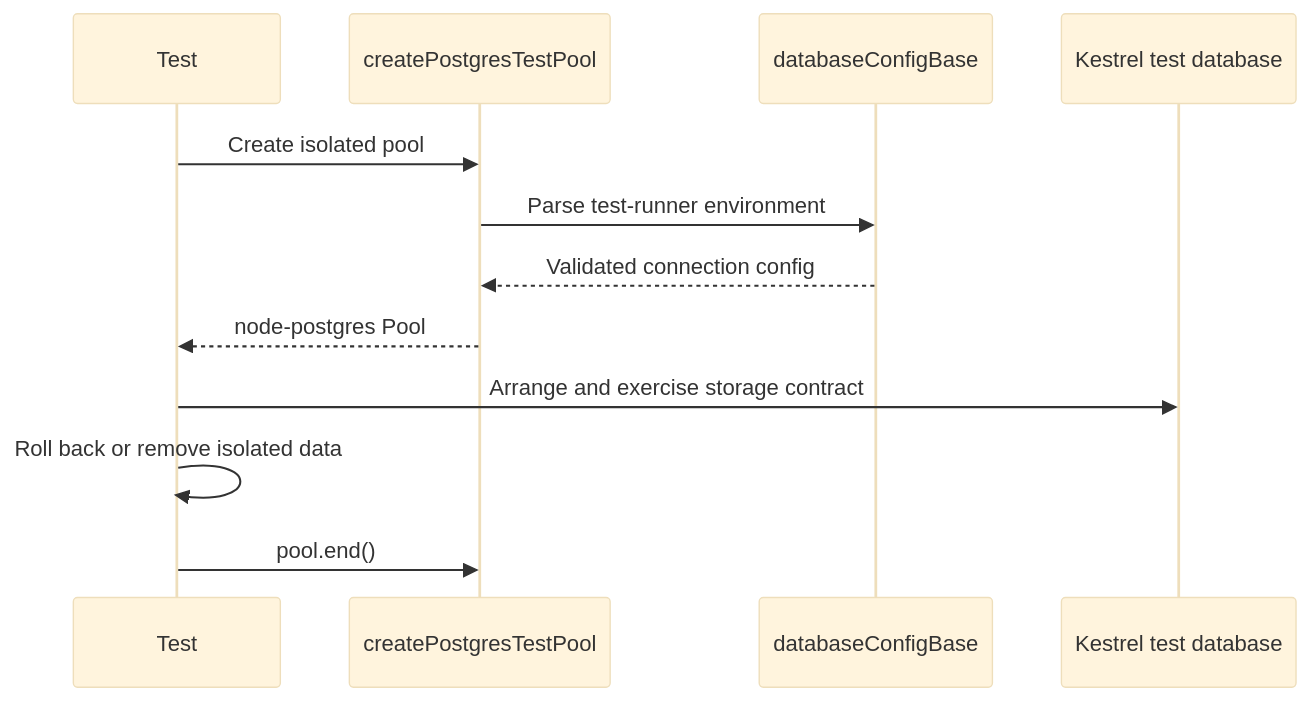
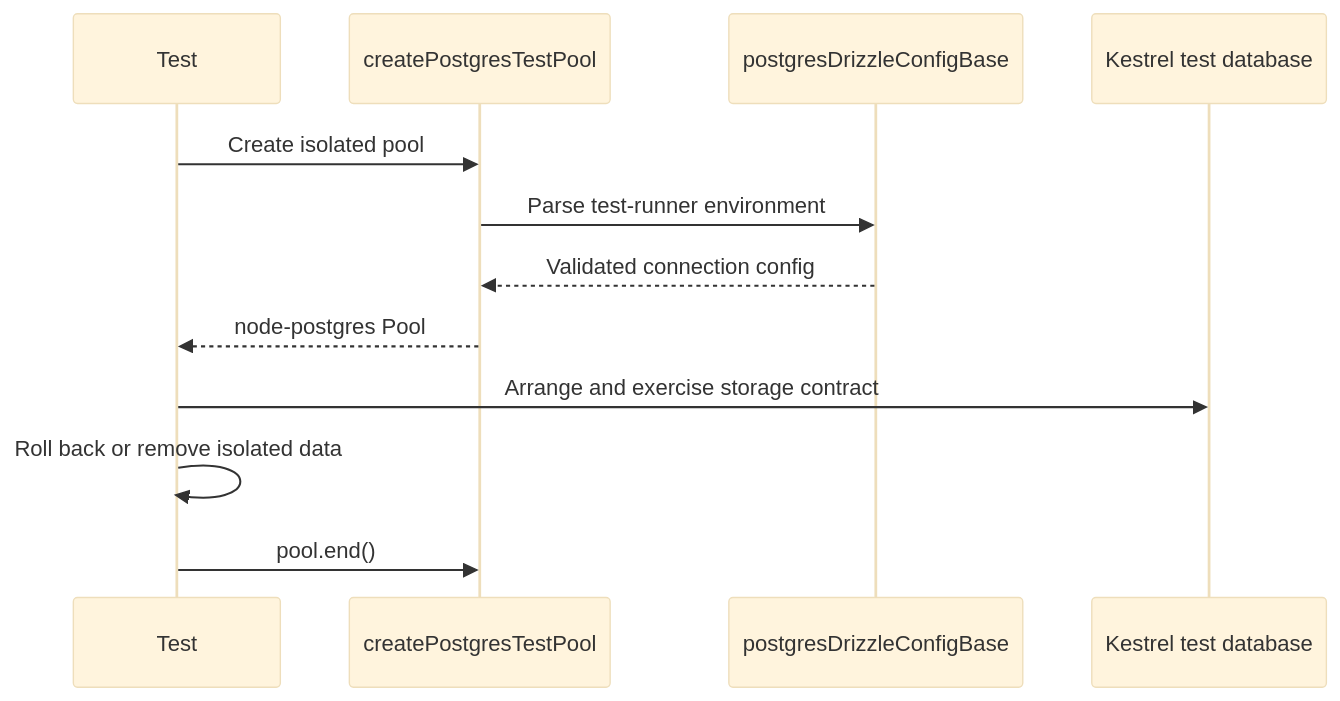
The second of 2 diagrams in docs/implementation/testing.md (antarestupin/kestrel-framework), drawn with Mermaid (base theme) before and after one commit. The commit also changed other lines of this file and 212 other files, not shown here.

````diff
--- a/docs/implementation/testing.md
+++ b/docs/implementation/testing.md
@@ -37,15 +37,15 @@
 ```mermaid
 sequenceDiagram
     participant Test
     participant Helper as createPostgresTestPool
-    participant Schema as databaseConfigBase
+    participant Schema as postgresDrizzleConfigBase
     participant Database as Kestrel test database
 
     Test->>Helper: Create isolated pool
     Helper->>Schema: Parse test-runner environment
     Schema-->>Helper: Validated connection config
     Helper-->>Test: node-postgres Pool
     Test->>Database: Arrange and exercise storage contract
     Test->>Test: Roll back or remove isolated data
     Test->>Helper: pool.end()
 ```
````
